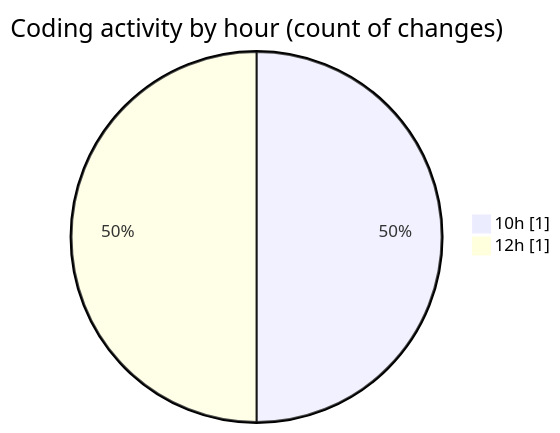
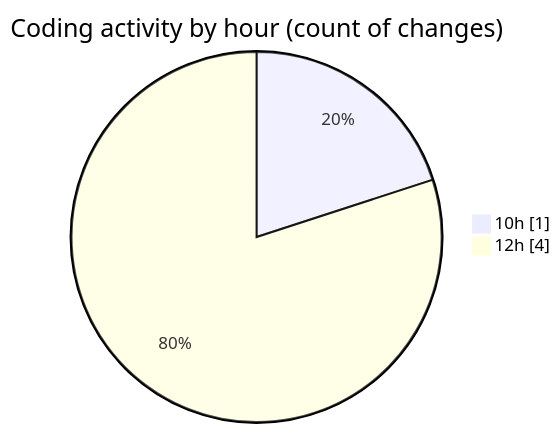
Before and after one commit to LanceThiago/code-tracking: the second of 2 diagrams in 2025-04-25/enre_-_calculadora_de_consumo_v_2022_files/README.md, drawn with Mermaid. The commit also changed other lines of this file and 1 other file, not shown here.

````diff
--- a/2025-04-25/enre_-_calculadora_de_consumo_v_2022_files/README.md
+++ b/2025-04-25/enre_-_calculadora_de_consumo_v_2022_files/README.md
@@ -28,6 +28,6 @@
 ```mermaid
 pie showData
 title Coding activity by hour (count of changes)
 "10h" : 1
-"12h" : 1
+"12h" : 4
 ```
````
